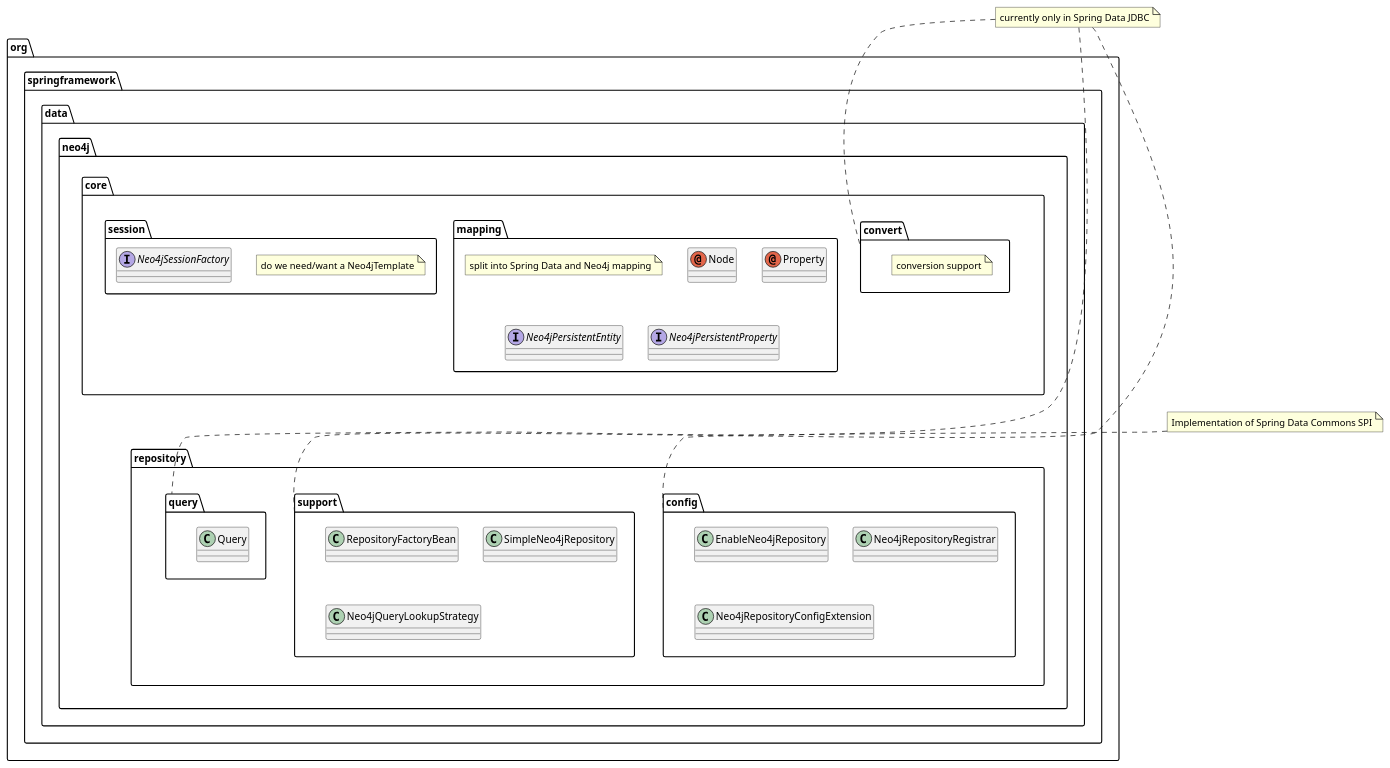
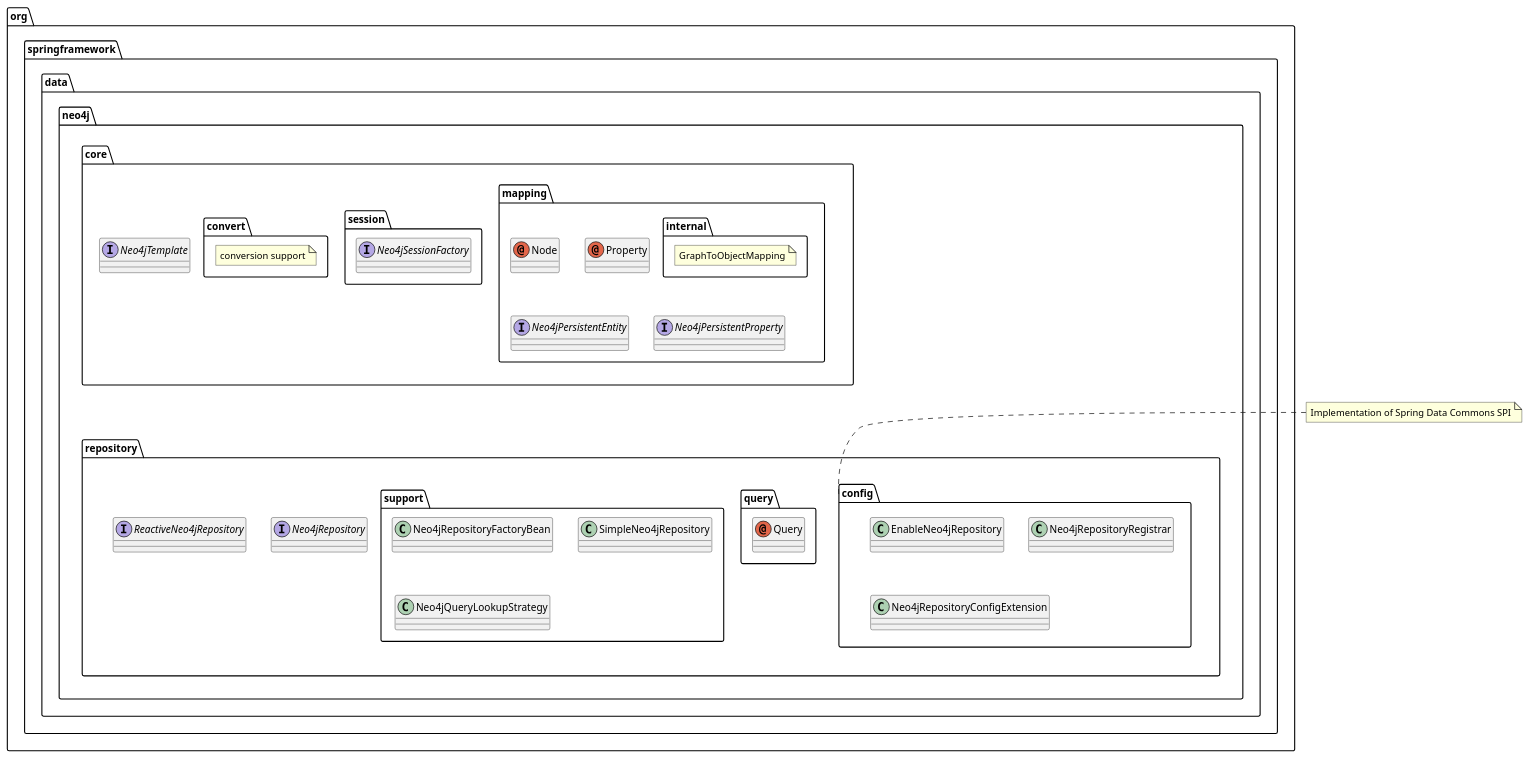
One commit to spring-projects/spring-data-neo4j changed the diagram in README.adoc. Above: the diagram before and after it, drawn with PlantUML. The commit also changed other lines of this file, not shown here.

Commit message:
Update and refine packaging documentation.

```diff
--- a/README.adoc
+++ b/README.adoc
@@ -61,48 +61,48 @@
-[plantuml, width=800]
+[plantuml, width=1200]
 ----
 @startuml
-note "currently only in Spring Data JDBC" as JDBC_note
 note "Implementation of Spring Data Commons SPI" as SDC_note
 package "org.springframework.data.neo4j" {
 package "core" {
-JDBC_note..convert
+    interface Neo4jTemplate
     package "mapping" {
-        note "split into Spring Data and Neo4j mapping" as mappingNote
+        package "internal" {
+            note "GraphToObjectMapping" as graphMapping
+        }
         annotation Node
         annotation Property
         interface Neo4jPersistentEntity
         interface Neo4jPersistentProperty
     }
     package "session" {
-        note "do we need/want a Neo4jTemplate" as templateNote
         interface Neo4jSessionFactory
     }
     package "convert" {
         note "conversion support" as conversionNote
     }
 }
 
 package "repository" {
-JDBC_note..query
-JDBC_note..support
 SDC_note..config
     package "config" {
         class EnableNeo4jRepository
         class Neo4jRepositoryRegistrar
         class Neo4jRepositoryConfigExtension
     }
     package "query" {
-        class Query
+        annotation Query
     }
     package "support" {
-        class RepositoryFactoryBean
+        class Neo4jRepositoryFactoryBean
         class SimpleNeo4jRepository
         class Neo4jQueryLookupStrategy
     }
+    interface Neo4jRepository
+    interface ReactiveNeo4jRepository
 }
 
 core-[hidden]--->repository
 }
 
 @enduml
 ----
```
